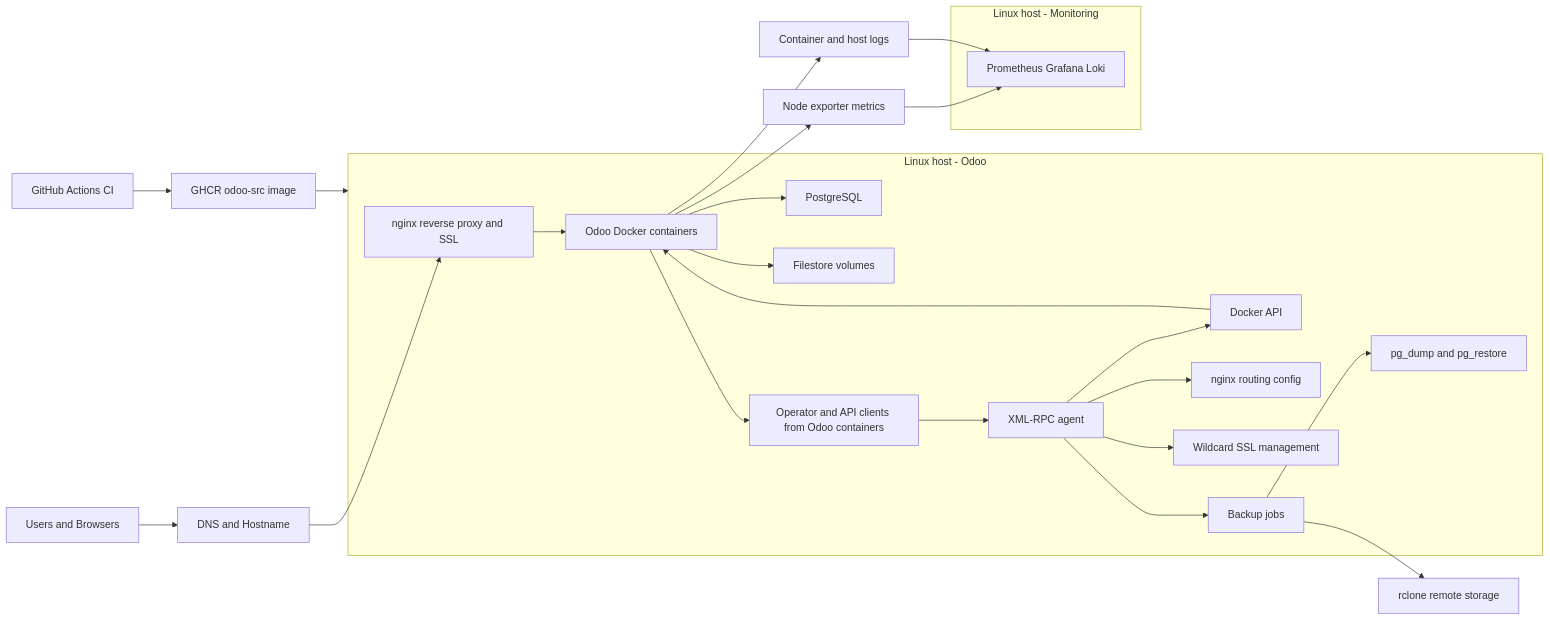
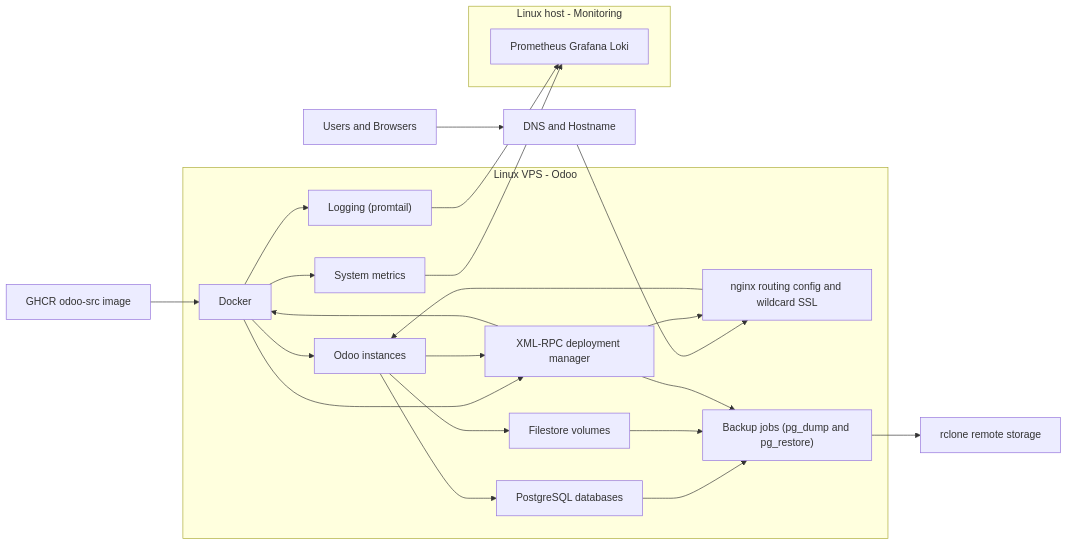
The diagram in README.md (elmeriniemela/deploy-manager), drawn with Mermaid before and after one commit. The commit also changed other lines of this file, not shown here.

````diff
--- a/README.md
+++ b/README.md
@@ -7,47 +7,48 @@
 ```mermaid
 flowchart LR
-    GH["GitHub Actions CI"] --> GHCR["GHCR odoo-src image"]
-    GHCR --> OdooHost
+    GHCR["GHCR odoo-src image"]
+    GHCR --> Docker
+    Docker --> Odoo
+    Docker --> DeployManager
 
     User["Users and Browsers"] --> DNS["DNS and Hostname"]
-    DNS --> Nginx["nginx reverse proxy and SSL"]
-    Nginx --> Odoo["Odoo Docker containers"]
-    Odoo --> PG["PostgreSQL"]
+    DNS --> NginxCfg["nginx routing config and wildcard SSL"]
+    NginxCfg --> Odoo["Odoo instances"]
+    Odoo --> PG["PostgreSQL databases"]
     Odoo --> FS["Filestore volumes"]
-    Odoo --> API["Operator and API clients from Odoo containers"]
+    Odoo --> DeployManager["XML-RPC deployment manager"]
 
-    API --> Agent["XML-RPC agent"]
-    Agent --> Docker["Docker API"]
-    Docker --> Odoo
-    Agent --> NginxCfg["nginx routing config"]
-    Agent --> Cert["Wildcard SSL management"]
-    Agent --> Backup["Backup jobs"]
-    Backup --> PGDump["pg_dump and pg_restore"]
+    PG --> Backup
+    FS --> Backup
+
+    DeployManager --> Docker
+    DeployManager --> NginxCfg
+    DeployManager --> Backup["Backup jobs (pg_dump and pg_restore)"]
     Backup --> Rclone["rclone remote storage"]
 
-    subgraph OdooHost["Linux host - Odoo"]
-      Nginx
-      Odoo
-      API
-      PG
-      FS
-      Agent
-      Docker
-      NginxCfg
-      Cert
-      Backup
-      PGDump
+    Metrics["System metrics"]
+    Logs["Logging (promtail)"]
+    Docker --> Metrics
+    Docker --> Logs
+
+
+    subgraph OdooHost["Linux VPS - Odoo"]
+        Docker
+        Odoo
+        PG
+        FS
+        DeployManager
+        NginxCfg
+        Backup
+        Metrics
+        Logs
     end
 
-    Metrics["Node exporter metrics"]
-    Logs["Container and host logs"]
-    Odoo --> Metrics
-    Odoo --> Logs
 
     subgraph MonHost["Linux host - Monitoring"]
       Mon["Prometheus Grafana Loki"]
     end
 
     Metrics --> Mon
     Logs --> Mon
 ```
````
